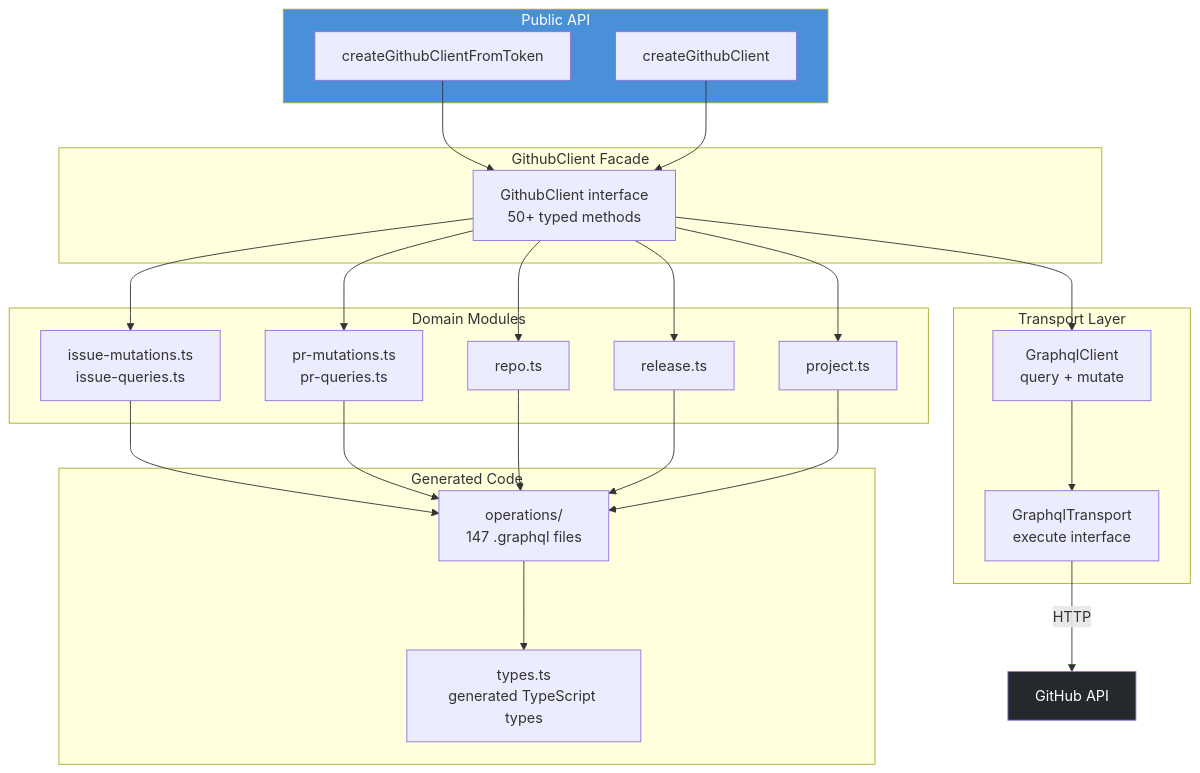
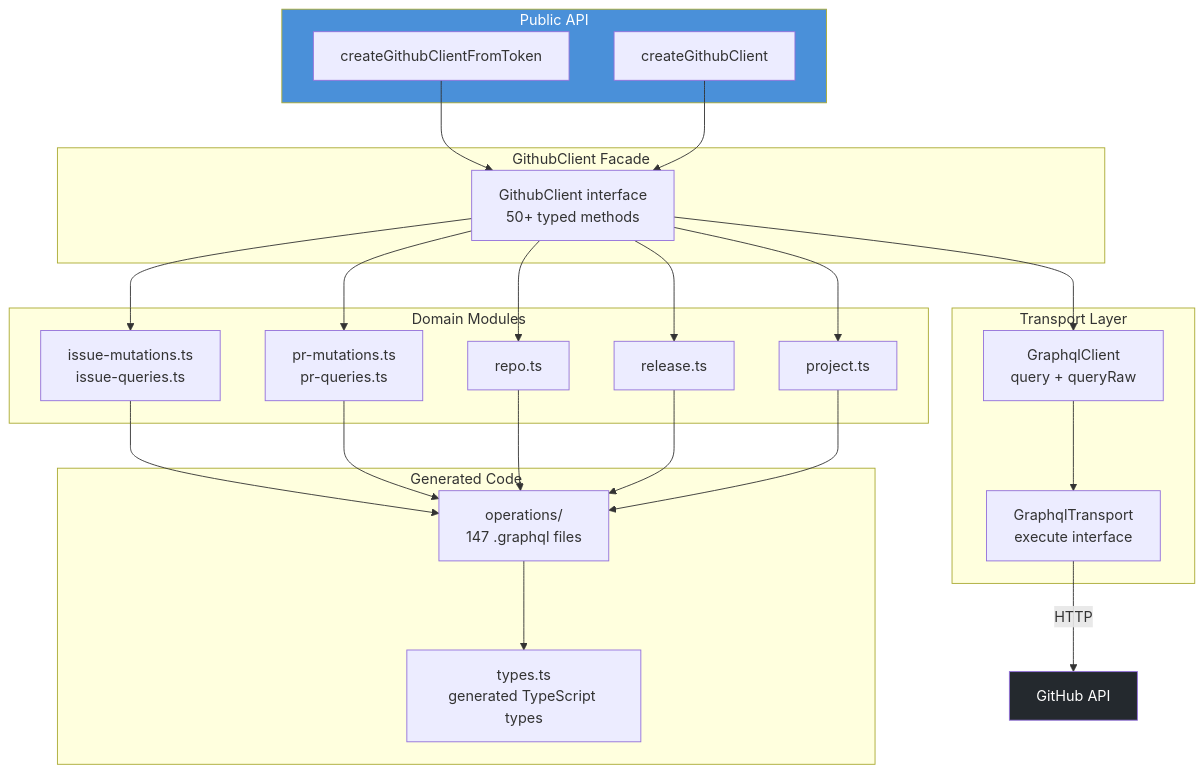
The diagram in packages/core/docs/architecture/graphql-layer.md (aryeko/ghx), drawn with Mermaid before and after one commit. The commit also changed other lines of this file and 95 other files, not shown here.

First line of the commit message:
feat(core): migrate to GraphQL 17 typed documents (#243)

````diff
--- a/packages/core/docs/architecture/graphql-layer.md
+++ b/packages/core/docs/architecture/graphql-layer.md
@@ -7,42 +7,42 @@
 ```mermaid
 graph TB
     subgraph Public["Public API"]
         CCT[createGithubClientFromToken]
         CCC[createGithubClient]
     end
 
     subgraph Facade["GithubClient Facade"]
         GC[GithubClient interface<br/>50+ typed methods]
     end
 
     subgraph Transport["Transport Layer"]
-        GCL[GraphqlClient<br/>query + mutate]
+        GCL[GraphqlClient<br/>query + queryRaw]
         GT[GraphqlTransport<br/>execute interface]
     end
 
     subgraph Domains["Domain Modules"]
         ISS[issue-mutations.ts<br/>issue-queries.ts]
         PR[pr-mutations.ts<br/>pr-queries.ts]
         REPO[repo.ts]
         REL[release.ts]
         PROJ[project.ts]
     end
 
     subgraph Generated["Generated Code"]
         OPS["operations/<br/>147 .graphql files"]
         TYPES[types.ts<br/>generated TypeScript types]
     end
 
     CCT --> GC
     CCC --> GC
     GC --> GCL
     GCL --> GT
     GT -->|HTTP| GH[GitHub API]
 
     GC --> ISS & PR & REPO & REL & PROJ
     ISS & PR & REPO & REL & PROJ --> OPS
     OPS --> TYPES
 
     style Public fill:#4A90D9,color:#fff
     style GH fill:#24292e,color:#fff
 ```
````
